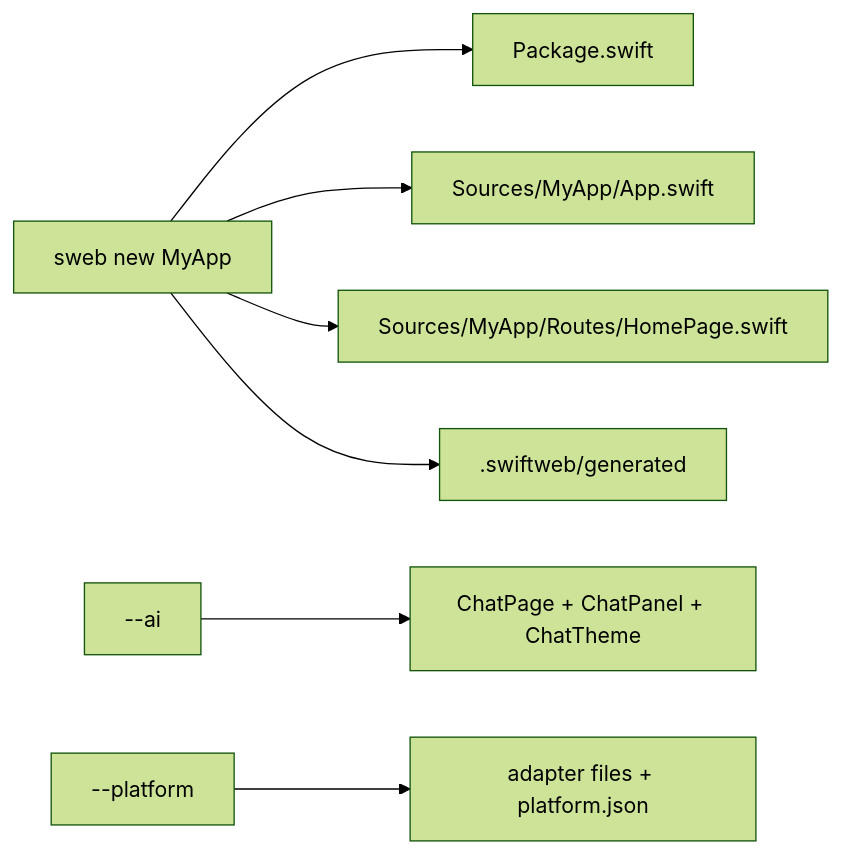
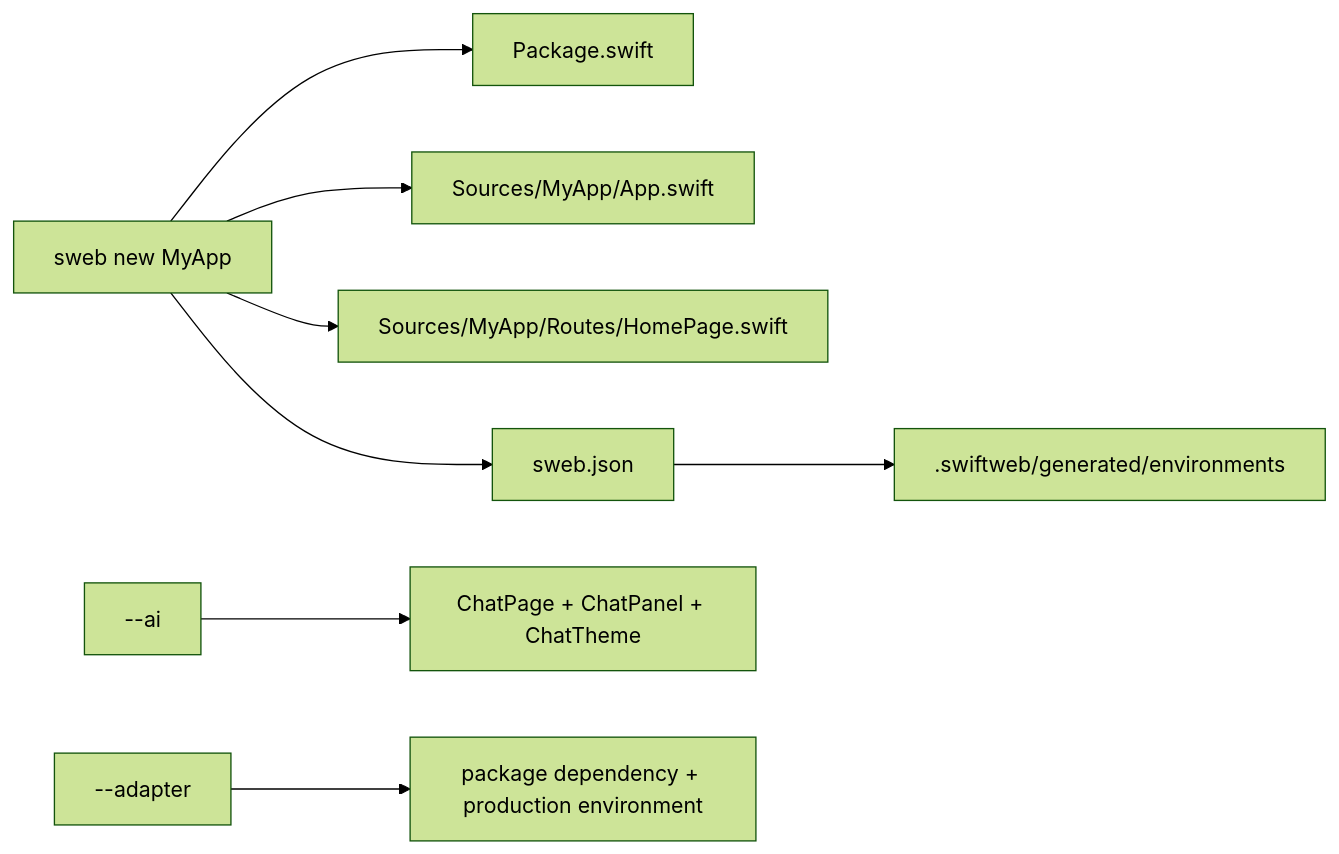
One commit to 1amageek/swift-web changed the first of 3 diagrams in Sources/SwiftWebCLI/README.md. Above: the diagram before and after it, drawn with Mermaid (forest theme). The commit also changed other lines of this file and 63 other files, not shown here.

````diff
--- a/Sources/SwiftWebCLI/README.md
+++ b/Sources/SwiftWebCLI/README.md
@@ -37,9 +39,10 @@
 ```mermaid
 flowchart LR
   New["sweb new MyApp"] --> Manifest["Package.swift"]
   New --> App["Sources/MyApp/App.swift"]
   New --> Page["Sources/MyApp/Routes/HomePage.swift"]
-  New --> Generated[".swiftweb/generated"]
+  New --> Project["sweb.json"]
+  Project --> Generated[".swiftweb/generated/environments"]
   AI["--ai"] --> Chat["ChatPage + ChatPanel + ChatTheme"]
-  Platform["--platform"] --> Adapter["adapter files + platform.json"]
+  Selection["--adapter"] --> Adapter["package dependency + production environment"]
 ```
````
